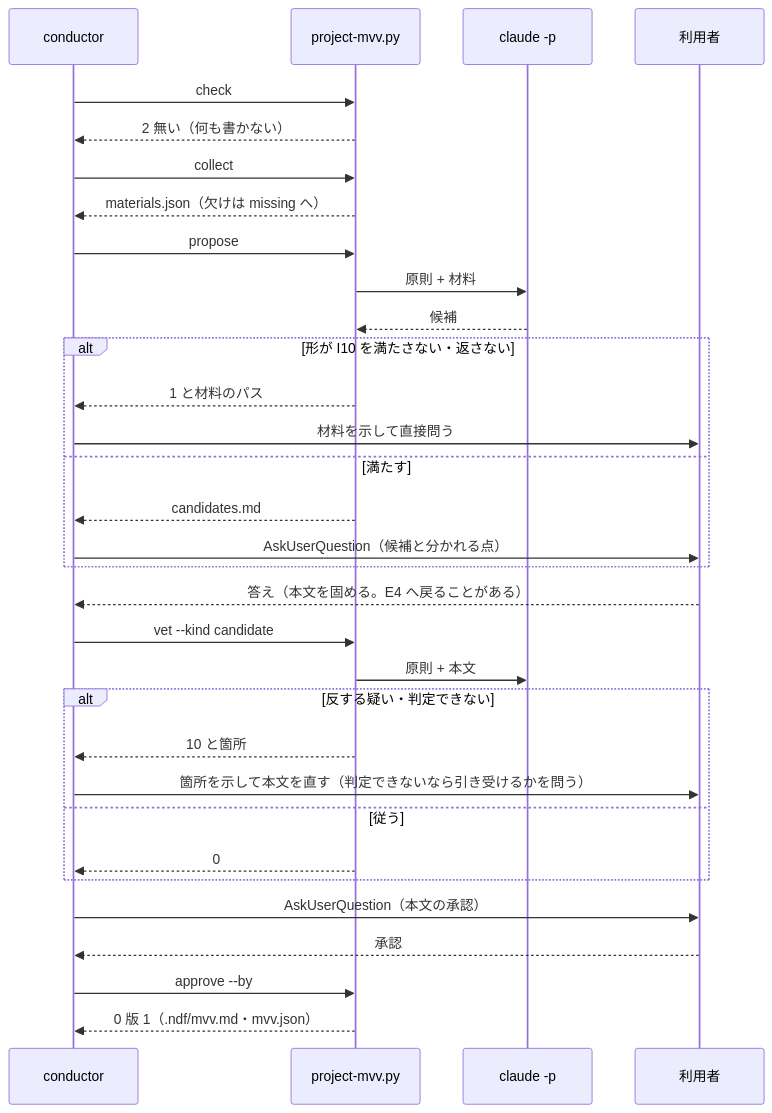
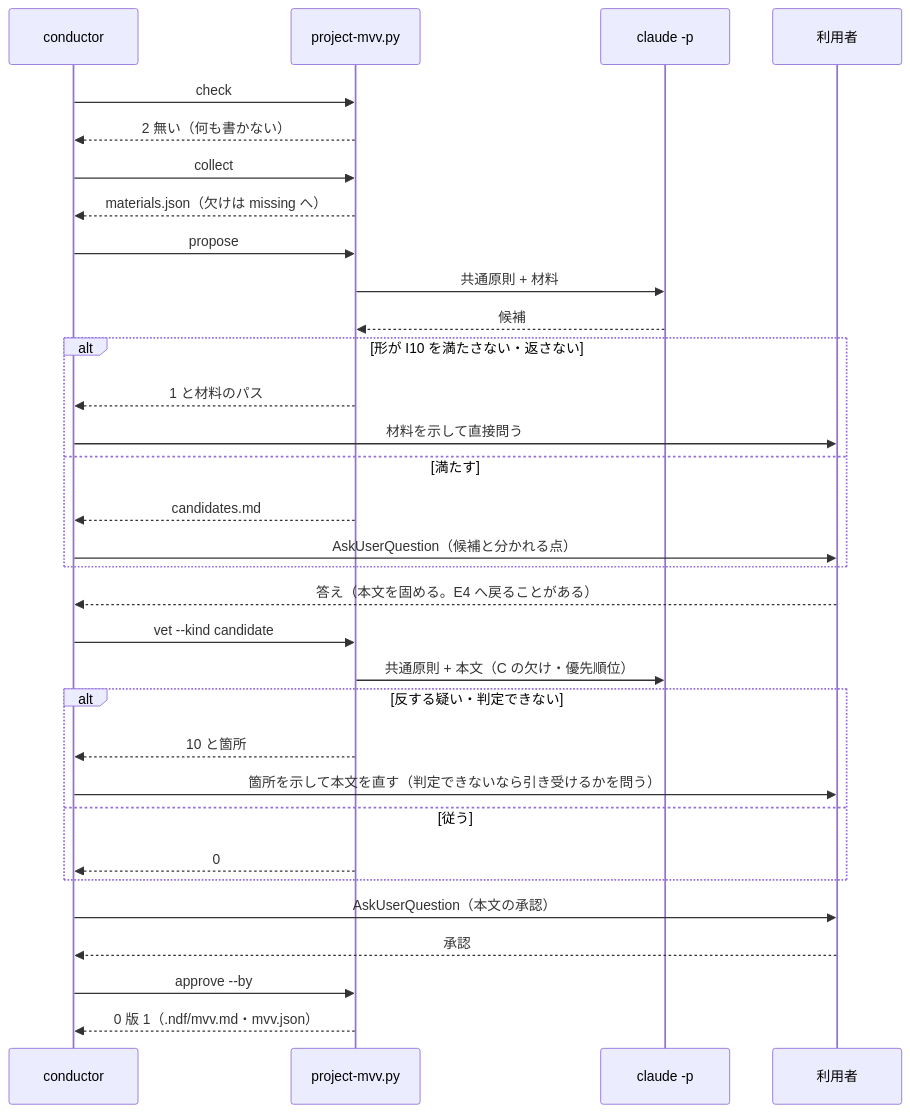
One commit to devbasex/ai-plugins changed the third of 8 diagrams in issues/issue-1366-design.md. Above: the diagram before and after it, drawn with Mermaid. The commit also changed other lines of this file and 6 other files, not shown here.

````diff
--- a/issues/issue-1366-design.md
+++ b/issues/issue-1366-design.md
@@ -360,34 +388,34 @@
 ```mermaid
 sequenceDiagram
     participant C as conductor
     participant E as project-mvv.py
     participant L as claude -p
     participant U as 利用者
     C->>E: check
     E-->>C: 2 無い（何も書かない）
     C->>E: collect
     E-->>C: materials.json（欠けは missing へ）
     C->>E: propose
-    E->>L: 原則 + 材料
+    E->>L: 共通原則 + 材料
     L-->>E: 候補
     alt 形が I10 を満たさない・返さない
         E-->>C: 1 と材料のパス
         C->>U: 材料を示して直接問う
     else 満たす
         E-->>C: candidates.md
         C->>U: AskUserQuestion（候補と分かれる点）
     end
     U-->>C: 答え（本文を固める。E4 へ戻ることがある）
     C->>E: vet --kind candidate
-    E->>L: 原則 + 本文
+    E->>L: 共通原則 + 本文（C の欠け・優先順位）
     alt 反する疑い・判定できない
         E-->>C: 10 と箇所
         C->>U: 箇所を示して本文を直す（判定できないなら引き受けるかを問う）
     else 従う
         E-->>C: 0
     end
     C->>U: AskUserQuestion（本文の承認）
     U-->>C: 承認
     C->>E: approve --by
     E-->>C: 0 版 1（.ndf/mvv.md・mvv.json）
 ```
````
